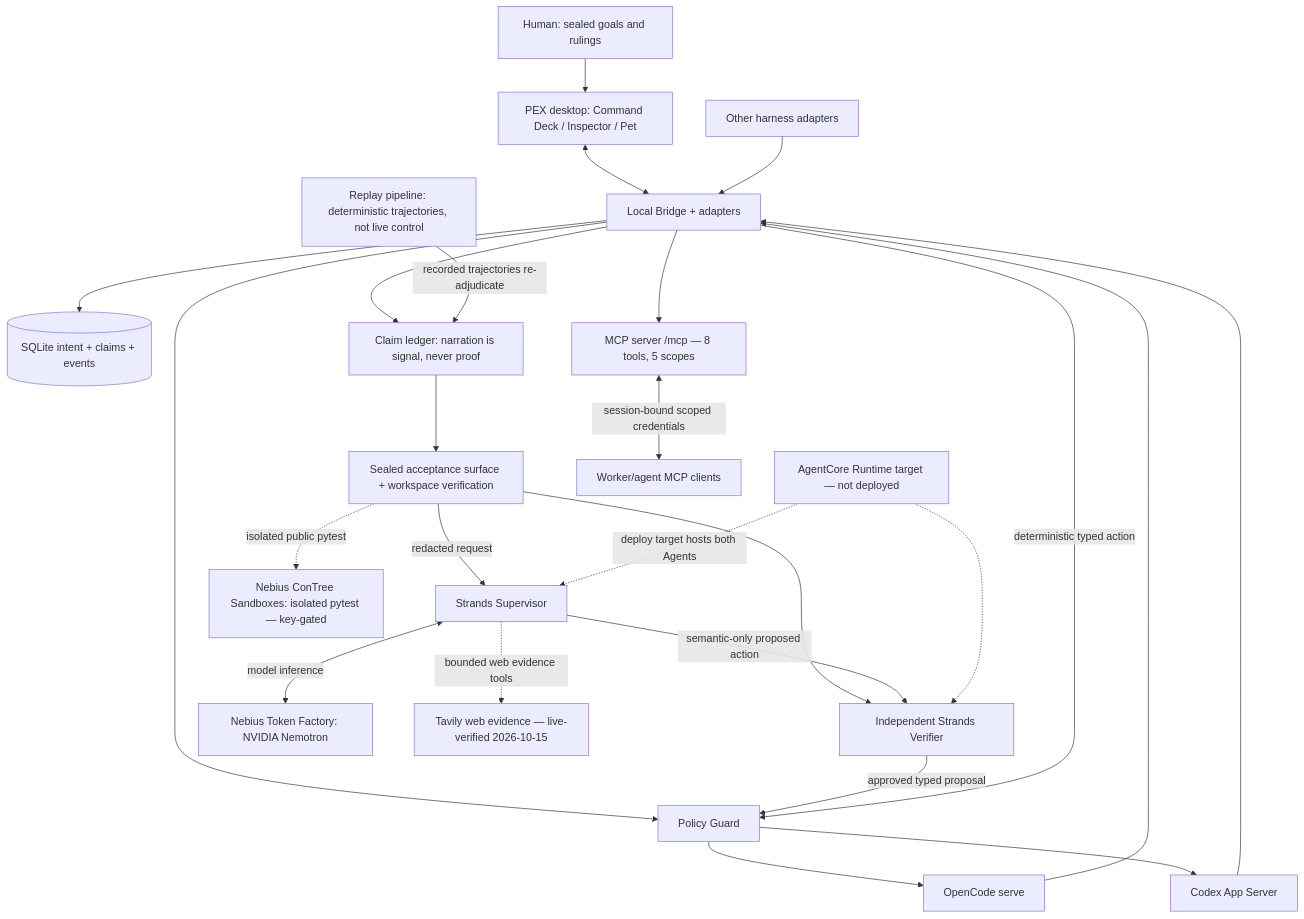
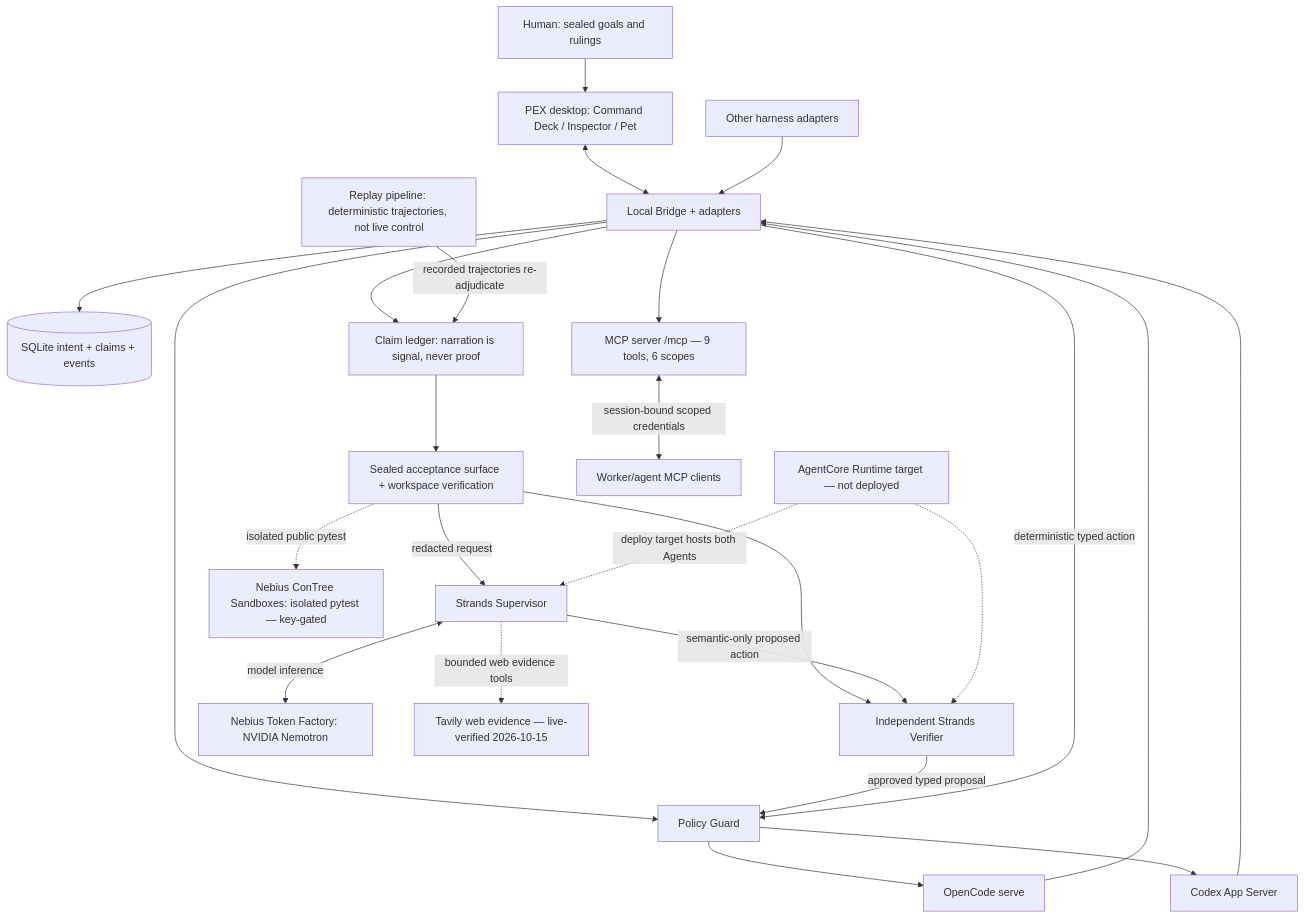
Before and after one commit to josepha-mayo/pex: the diagram in docs/architecture/overview.md, drawn with Mermaid. The commit also changed 17 other files, not shown here.

````diff
--- a/docs/architecture/overview.md
+++ b/docs/architecture/overview.md
@@ -5,48 +5,48 @@
 ```mermaid
 flowchart TB
   human[Human: sealed goals and rulings]
   pet[PEX desktop: Command Deck / Inspector / Pet]
   bridge[Local Bridge + adapters]
   policy[Policy Guard]
   store[(SQLite intent + claims + events)]
   opencode[OpenCode serve]
   codex[Codex App Server]
   other[Other harness adapters]
   strands[Strands Supervisor]
   verifier[Independent Strands Verifier]
   evidence[Sealed acceptance surface + workspace verification]
   claims[Claim ledger: narration is signal, never proof]
   replay[Replay pipeline: deterministic trajectories, not live control]
   runtime[AgentCore Runtime target — not deployed]
   nebius[Nebius Token Factory: NVIDIA Nemotron]
   contree[Nebius ConTree Sandboxes: isolated pytest — key-gated]
   tavily[Tavily web evidence — live-verified 2026-10-15]
 
   human --> pet
   pet <--> bridge
   opencode --> bridge
   codex --> bridge
   other --> bridge
   bridge --> store
   bridge --> policy
   policy --> opencode
   policy --> codex
   bridge --> claims
   claims --> evidence
   evidence -->|redacted request| strands
   strands <-->|model inference| nebius
   evidence --> verifier
   strands -->|semantic-only proposed action| verifier
   verifier -->|approved typed proposal| policy
   bridge -->|deterministic typed action| policy
   replay -->|recorded trajectories re-adjudicate| claims
   runtime -.->|deploy target hosts both Agents| strands
   runtime -.-> verifier
   evidence -.->|isolated public pytest| contree
   strands -.->|bounded web evidence tools| tavily
 
-  mcpserver[MCP server /mcp — 8 tools, 5 scopes]
+  mcpserver[MCP server /mcp — 9 tools, 6 scopes]
   bridge --> mcpserver
   worker2[Worker/agent MCP clients]
   mcpserver <-->|session-bound scoped credentials| worker2
 ```
````
